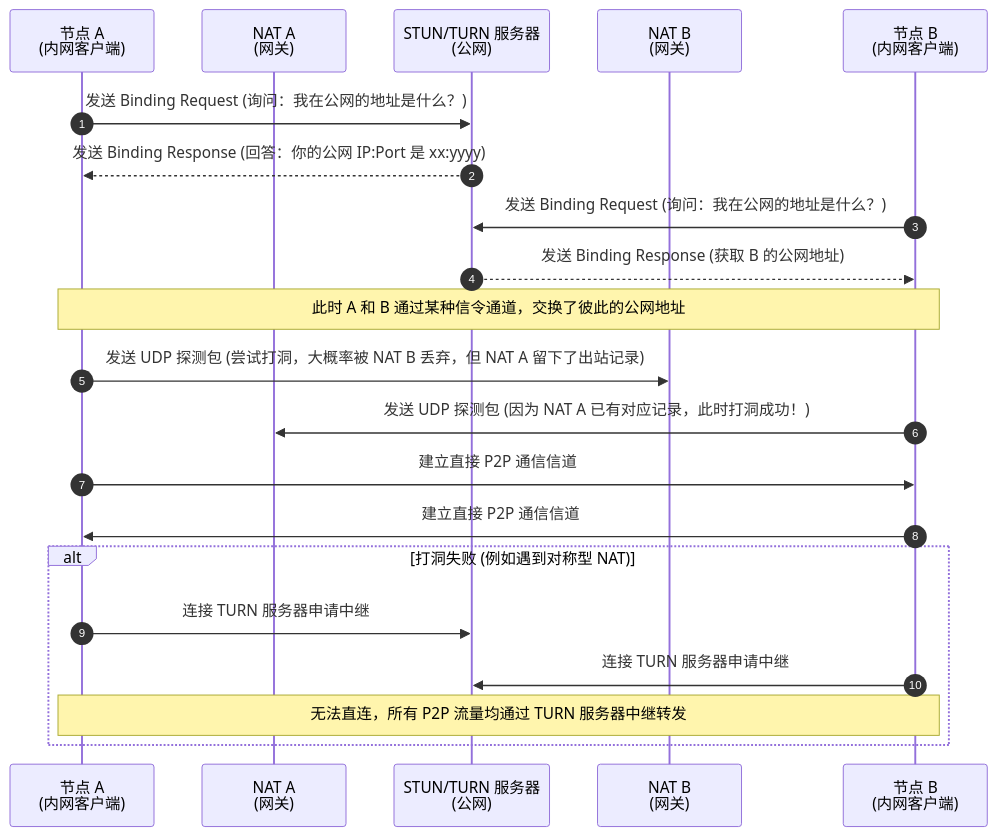
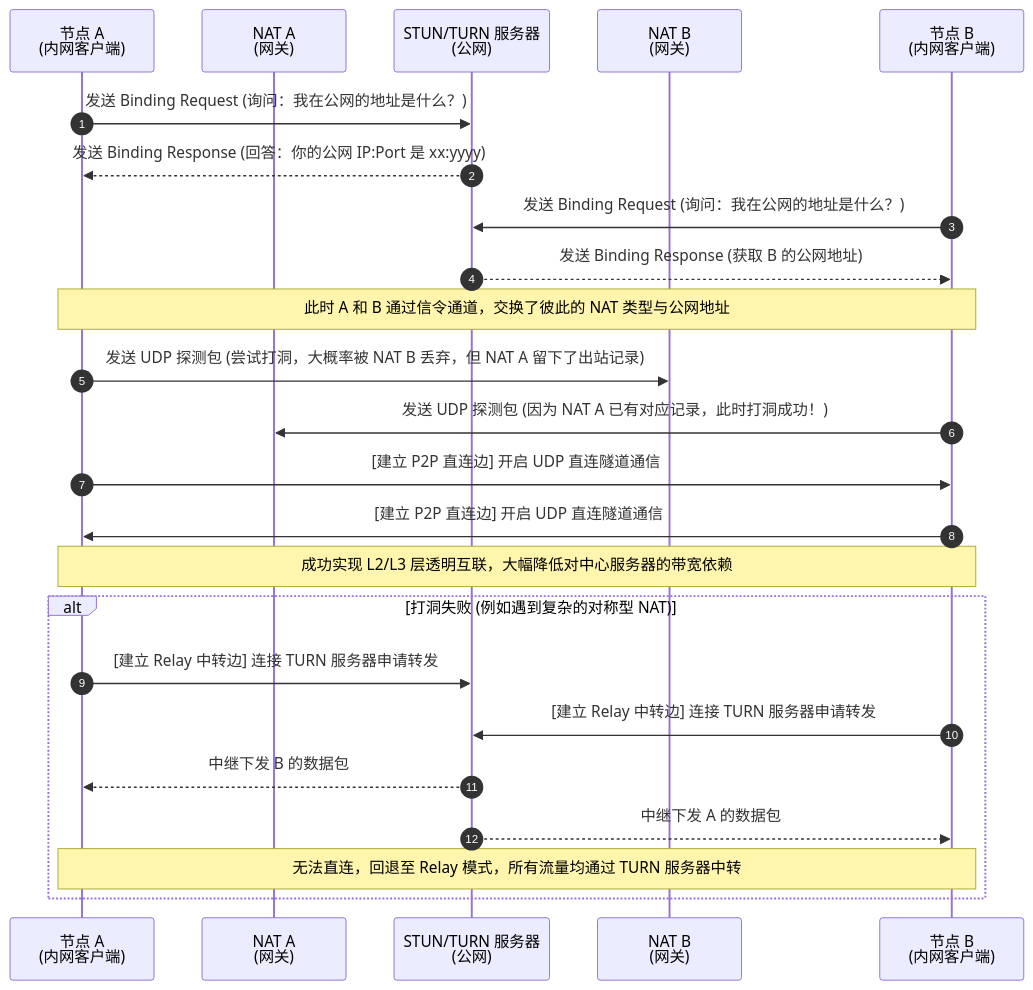
Before and after one commit to 1222227744/NetWeaver: the diagram in docs/Week3_PM_Report.md, drawn with Mermaid.

Commit message:
2026-05-04 18:54 | docs | AngusMei | docs/week3 |  修改了图片接线

````diff
--- a/docs/Week3_PM_Report.md
+++ b/docs/Week3_PM_Report.md
@@ -3,34 +3,37 @@
 ```mermaid
 sequenceDiagram
     autonumber
     
     participant A as 节点 A<br/>(内网客户端)
     participant NATA as NAT A<br/>(网关)
     participant Server as STUN/TURN 服务器<br/>(公网)
     participant NATB as NAT B<br/>(网关)
     participant B as 节点 B<br/>(内网客户端)
 
     %% 第一阶段：获取公网映射地址
     A->>Server: 发送 Binding Request (询问：我在公网的地址是什么？)
     Server-->>A: 发送 Binding Response (回答：你的公网 IP:Port 是 xx:yyyy)
     
     B->>Server: 发送 Binding Request (询问：我在公网的地址是什么？)
     Server-->>B: 发送 Binding Response (获取 B 的公网地址)
     
-    Note over A, B: 此时 A 和 B 通过某种信令通道，交换了彼此的公网地址
+    Note over A, B: 此时 A 和 B 通过信令通道，交换了彼此的 NAT 类型与公网地址
     
     %% 第二阶段：尝试 UDP 打洞
     A->>NATB: 发送 UDP 探测包 (尝试打洞，大概率被 NAT B 丢弃，但 NAT A 留下了出站记录)
     B->>NATA: 发送 UDP 探测包 (因为 NAT A 已有对应记录，此时打洞成功！)
     
-    %% 第三阶段：数据传输
-    A->>B: 建立直接 P2P 通信信道
-    B->>A: 建立直接 P2P 通信信道
+    %% 第三阶段：数据传输 (成功建立 P2P 边)
+    A->>B: [建立 P2P 直连边] 开启 UDP 直连隧道通信
+    B->>A: [建立 P2P 直连边] 开启 UDP 直连隧道通信
+    Note over A, B: 成功实现 L2/L3 层透明互联，大幅降低对中心服务器的带宽依赖
     
-    %% 备选逻辑：打洞失败
-    alt 打洞失败 (例如遇到对称型 NAT)
-        A->>Server: 连接 TURN 服务器申请中继
-        B->>Server: 连接 TURN 服务器申请中继
-        Note over A, B: 无法直连，所有 P2P 流量均通过 TURN 服务器中继转发
+    %% 备选逻辑：打洞失败 (建立 Relay 边)
+    alt 打洞失败 (例如遇到复杂的对称型 NAT)
+        A->>Server: [建立 Relay 中转边] 连接 TURN 服务器申请转发
+        B->>Server: [建立 Relay 中转边] 连接 TURN 服务器申请转发
+        Server-->>A: 中继下发 B 的数据包
+        Server-->>B: 中继下发 A 的数据包
+        Note over A, B: 无法直连，回退至 Relay 模式，所有流量均通过 TURN 服务器中转
     end
 ```
````
